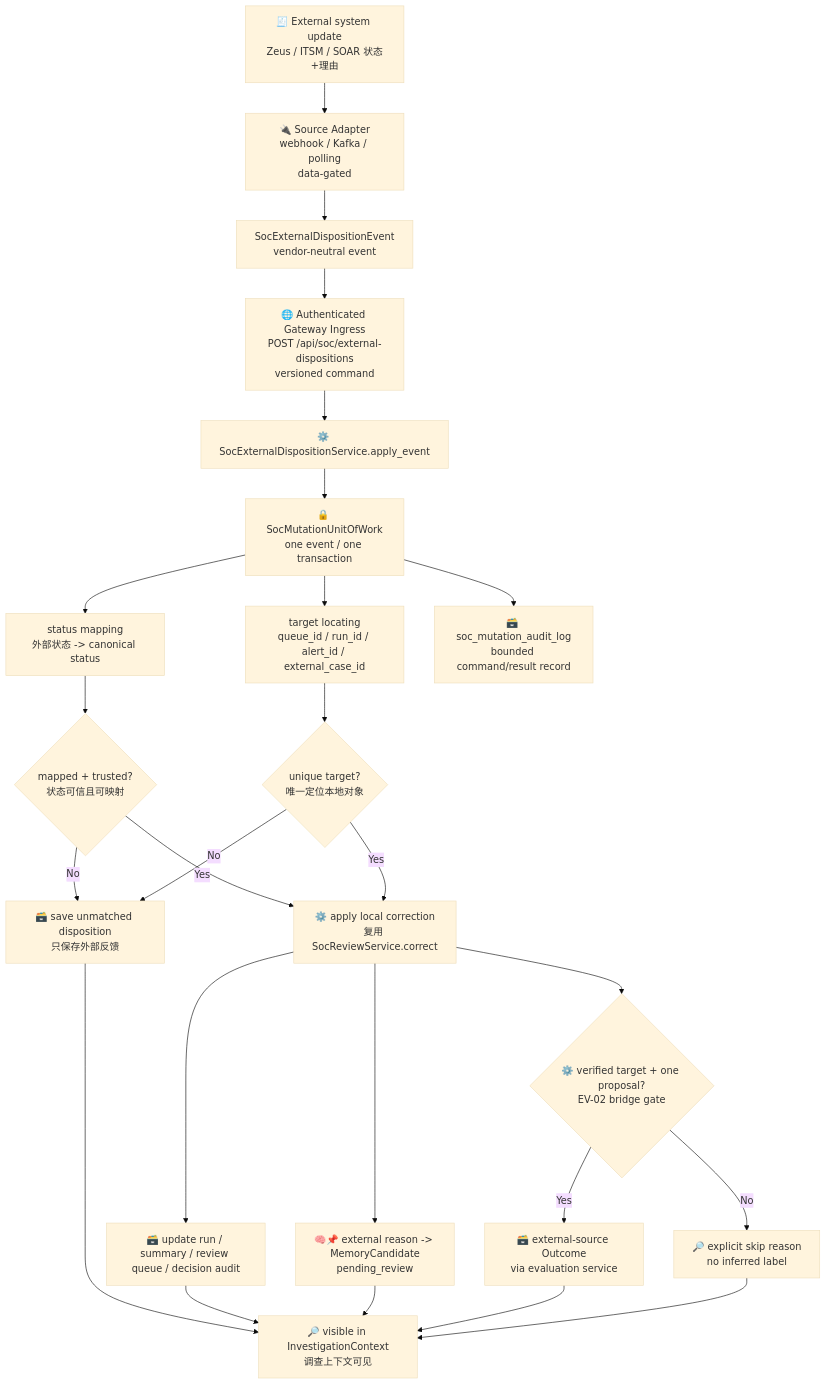
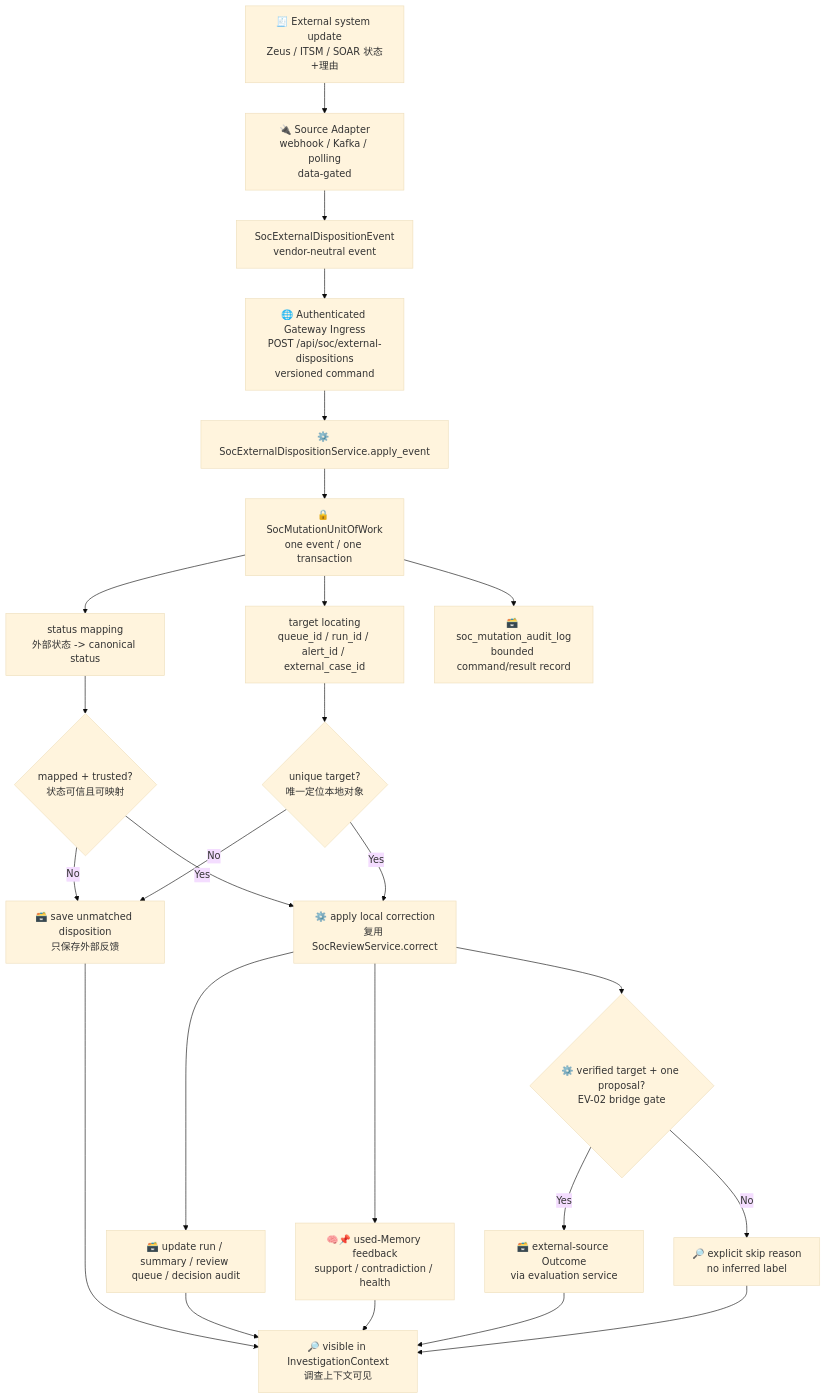
Before and after one commit to yydspanda/deer-flow: diagram 14 of 23 in .notes/ai_soc/alert-lifecycle-flow.md, drawn with Mermaid (base theme). The commit also changed other lines of this file and 81 other files, not shown here.

````diff
--- a/.notes/ai_soc/alert-lifecycle-flow.md
+++ b/.notes/ai_soc/alert-lifecycle-flow.md
@@ -750,30 +764,30 @@
 ```mermaid
 flowchart TD
     A["🧾 External system update<br/>Zeus / ITSM / SOAR 状态+理由"] --> B["🔌 Source Adapter<br/>webhook / Kafka / polling<br/>data-gated"]
     B --> C["SocExternalDispositionEvent<br/>vendor-neutral event"]
     C --> C1["🌐 Authenticated Gateway Ingress<br/>POST /api/soc/external-dispositions<br/>versioned command"]
     C1 --> D["⚙️ SocExternalDispositionService.apply_event"]
     D --> TX["🔒 SocMutationUnitOfWork<br/>one event / one transaction"]
     TX --> E["status mapping<br/>外部状态 -> canonical status"]
     TX --> F["target locating<br/>queue_id / run_id / alert_id / external_case_id"]
 
     E --> G{"mapped + trusted?<br/>状态可信且可映射"}
     F --> H{"unique target?<br/>唯一定位本地对象"}
 
     G -->|No| I["🗃️ save unmatched disposition<br/>只保存外部反馈"]
     H -->|No| I
     G -->|Yes| J["⚙️ apply local correction<br/>复用 SocReviewService.correct"]
     H -->|Yes| J
 
     J --> K["🗃️ update run / summary / review queue / decision audit"]
-    J --> L["🧠📌 external reason -> MemoryCandidate<br/>pending_review"]
+    J --> L["🧠📌 used-Memory feedback<br/>support / contradiction / health"]
     J --> N{"⚙️ verified target + one proposal?<br/>EV-02 bridge gate"}
     N -->|Yes| O["🗃️ external-source Outcome<br/>via evaluation service"]
     N -->|No| P["🔎 explicit skip reason<br/>no inferred label"]
     TX --> A1["🗃️ soc_mutation_audit_log<br/>bounded command/result record"]
     I --> M["🔎 visible in InvestigationContext<br/>调查上下文可见"]
     K --> M
     L --> M
     O --> M
     P --> M
 ```
````
